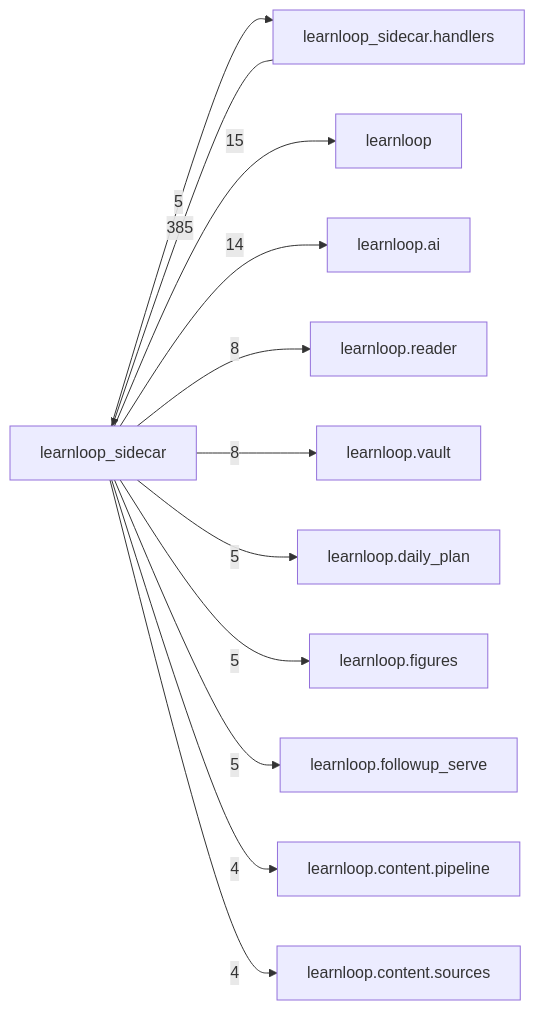
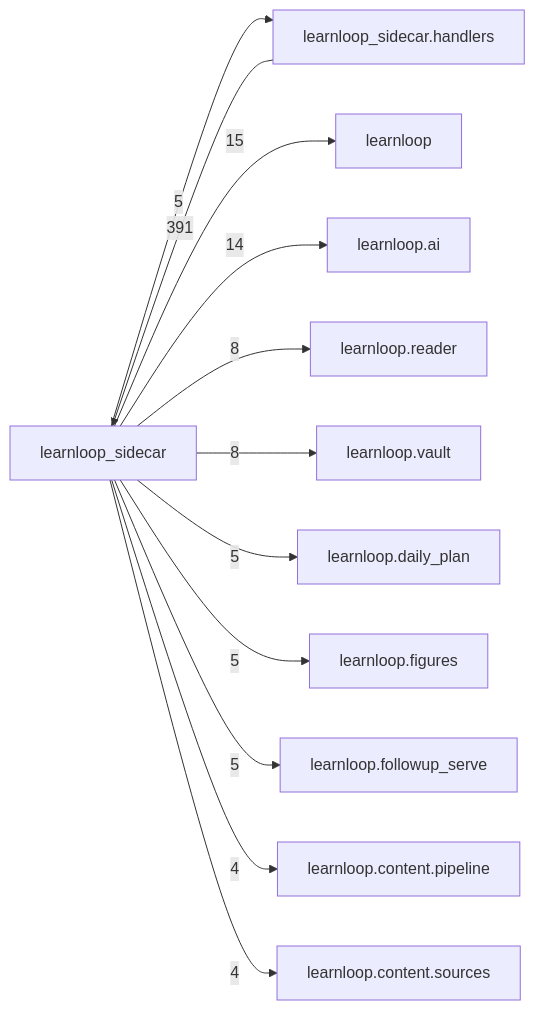
The diagram in docs/learnloop-architecture-vault/Reference/Modules/learnloop_sidecar/_package.md (6up-b/learnanything), drawn with Mermaid before and after one commit. The commit also changed other lines of this file and 86 other files, not shown here.

````diff
--- a/docs/learnloop-architecture-vault/Reference/Modules/learnloop_sidecar/_package.md
+++ b/docs/learnloop-architecture-vault/Reference/Modules/learnloop_sidecar/_package.md
@@ -136,25 +138,25 @@
 ```mermaid
 flowchart LR
     center["learnloop_sidecar"]
     n_learnloop_sidecar_handlers["learnloop_sidecar.handlers"]
     n_learnloop["learnloop"]
     n_learnloop_ai["learnloop.ai"]
     n_learnloop_reader["learnloop.reader"]
     n_learnloop_vault["learnloop.vault"]
     n_learnloop_daily_plan["learnloop.daily_plan"]
     n_learnloop_figures["learnloop.figures"]
     n_learnloop_followup_serve["learnloop.followup_serve"]
     n_learnloop_content_pipeline["learnloop.content.pipeline"]
     n_learnloop_content_sources["learnloop.content.sources"]
-    n_learnloop_sidecar_handlers -->|385| center
+    n_learnloop_sidecar_handlers -->|391| center
     center -->|5| n_learnloop_sidecar_handlers
     center -->|15| n_learnloop
     center -->|14| n_learnloop_ai
     center -->|8| n_learnloop_reader
     center -->|8| n_learnloop_vault
     center -->|5| n_learnloop_daily_plan
     center -->|5| n_learnloop_figures
     center -->|5| n_learnloop_followup_serve
     center -->|4| n_learnloop_content_pipeline
     center -->|4| n_learnloop_content_sources
 ```
````
